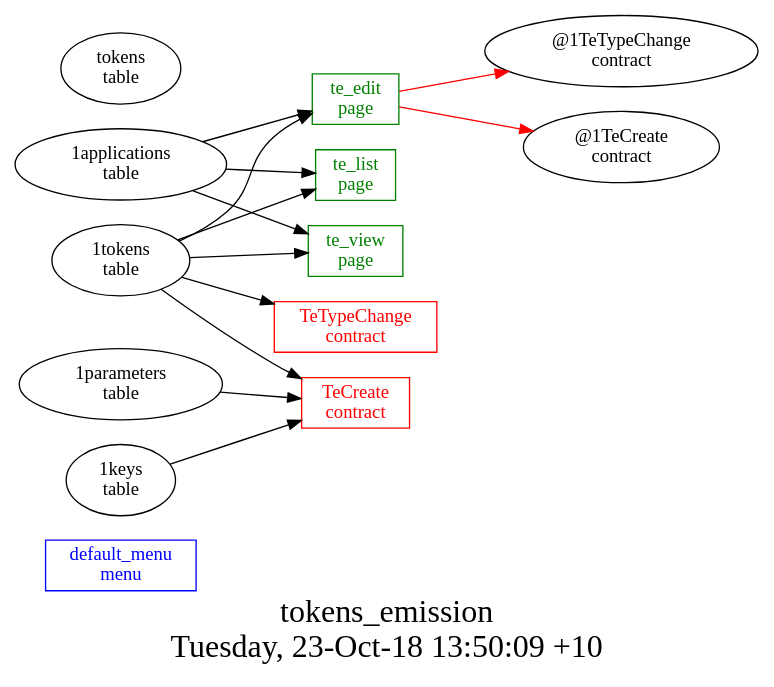
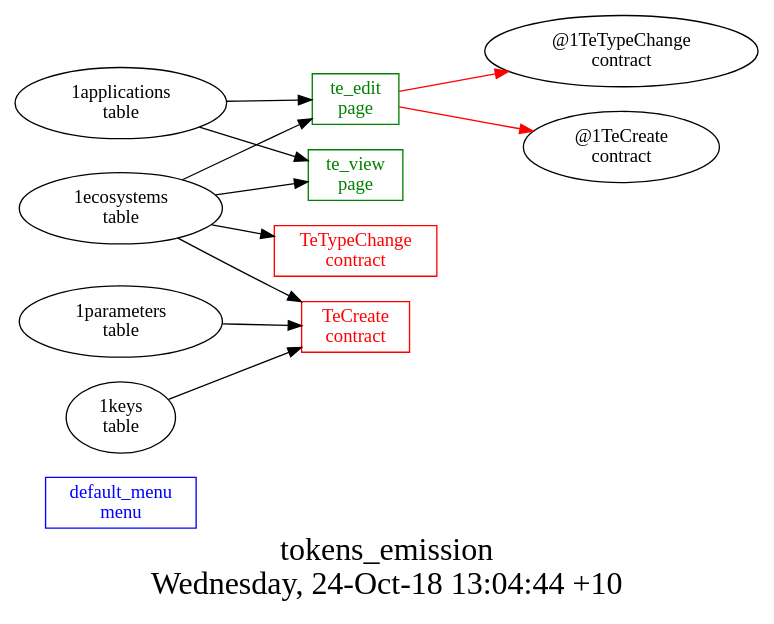
Before and after one commit to AplaProject/apps: the diagram in other/tokens_emission/struct.dot, drawn with Graphviz. The commit also changed 14 other files, not shown here.

```diff
--- a/other/tokens_emission/struct.dot
+++ b/other/tokens_emission/struct.dot
@@ -1,27 +1,23 @@
 digraph G {
 fontsize="24";
-label="tokens_emission\nTuesday, 23-Oct-18 13:50:09 +10";
+label="tokens_emission\nWednesday, 24-Oct-18 13:04:44 +10";
 nojustify=true;
 ordering=out;
 rankdir=LR;
 size="30";
 "default_menu\nmenu" [color=blue, fontcolor=blue, group=menus, shape=record];
 "te_edit\npage" -> "@1TeTypeChange\ncontract"  [ color=red ]
 "te_edit\npage" -> "@1TeCreate\ncontract"  [ color=red ]
 "1applications\ntable" -> "te_edit\npage"
-"1tokens\ntable" -> "te_edit\npage"
+"1ecosystems\ntable" -> "te_edit\npage"
 "te_edit\npage" [color=green, fontcolor=green, group=pages, shape=record];
-"1applications\ntable" -> "te_list\npage"
-"1tokens\ntable" -> "te_list\npage"
-"te_list\npage" [color=green, fontcolor=green, group=pages, shape=record];
 "1applications\ntable" -> "te_view\npage"
-"1tokens\ntable" -> "te_view\npage"
+"1ecosystems\ntable" -> "te_view\npage"
 "te_view\npage" [color=green, fontcolor=green, group=pages, shape=record];
 "1parameters\ntable" -> "TeCreate\ncontract"
-"1tokens\ntable" -> "TeCreate\ncontract"
+"1ecosystems\ntable" -> "TeCreate\ncontract"
 "1keys\ntable" -> "TeCreate\ncontract"
 "TeCreate\ncontract" [color=red, fontcolor=red, group=contracts, shape=record];
-"1tokens\ntable" -> "TeTypeChange\ncontract"
+"1ecosystems\ntable" -> "TeTypeChange\ncontract"
 "TeTypeChange\ncontract" [color=red, fontcolor=red, group=contracts, shape=record];
-"tokens\ntable" [color="", fontcolor="", group=tables, shape=""];
 }
```
